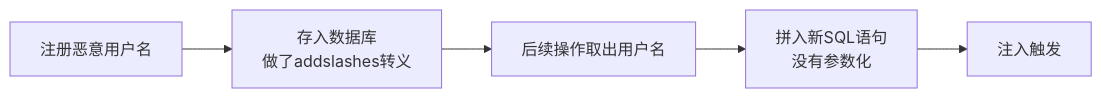
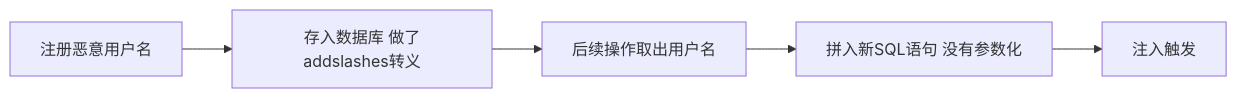
The diagram in source/_posts/SQL-injection-second-order.md (congliang/congliang.github.io), drawn with Mermaid before and after one commit. The commit also changed other lines of this file and 139 other files, not shown here.

````diff
--- a/source/_posts/SQL-injection-second-order.md
+++ b/source/_posts/SQL-injection-second-order.md
@@ -15,7 +15,7 @@
 ```mermaid
 flowchart LR
-    A[注册恶意用户名] --> B[存入数据库<br/>做了addslashes转义]
+    A[注册恶意用户名] --> B[存入数据库 做了addslashes转义]
     B --> C[后续操作取出用户名]
-    C --> D[拼入新SQL语句<br/>没有参数化]
+    C --> D[拼入新SQL语句 没有参数化]
     D --> E[注入触发]
 ```
````
